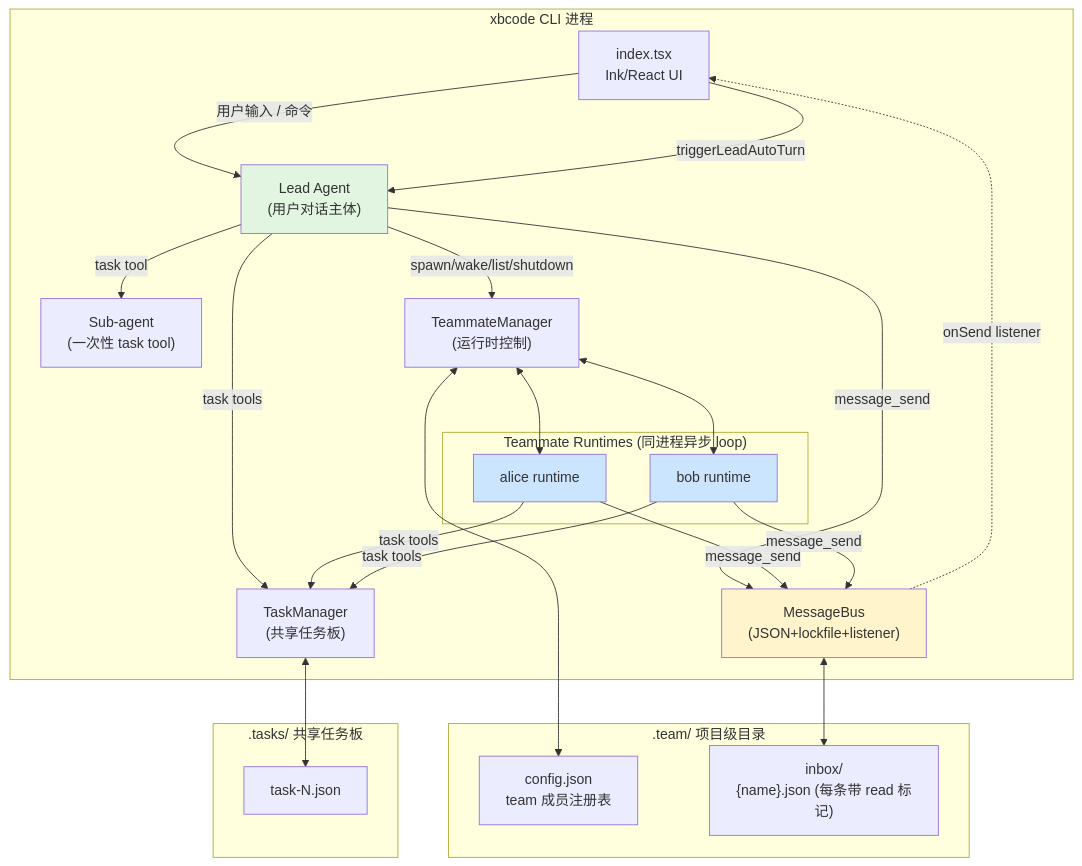
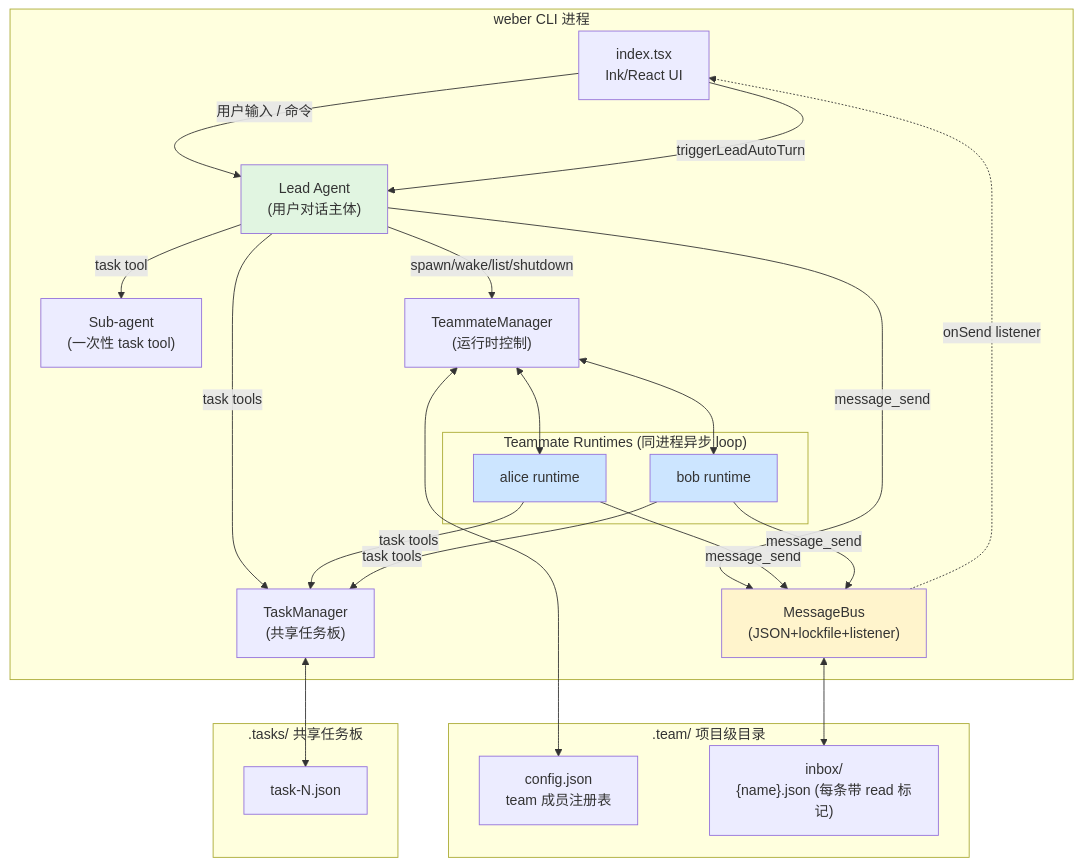
One commit to fengjutian/weber-code-agent changed the first of 5 diagrams in docs/team-architecture.md. Above: the diagram before and after it, drawn with Mermaid. The commit also changed 29 other files, not shown here.

First line of the commit message:
feat: rename xbcode to weber and add comprehensive config system

````diff
--- a/docs/team-architecture.md
+++ b/docs/team-architecture.md
@@ -11,52 +11,52 @@
 ```mermaid
 graph TB
-    subgraph CLI["xbcode CLI 进程"]
+    subgraph CLI["weber CLI 进程"]
         UI["index.tsx<br/>Ink/React UI"]
         LEAD["Lead Agent<br/>(用户对话主体)"]
         SUBA["Sub-agent<br/>(一次性 task tool)"]
         TM["TeammateManager<br/>(运行时控制)"]
 
         subgraph TEAMMATES["Teammate Runtimes (同进程异步 loop)"]
             ALICE["alice runtime"]
             BOB["bob runtime"]
         end
 
         MB["MessageBus<br/>(JSON+lockfile+listener)"]
         TASK["TaskManager<br/>(共享任务板)"]
     end
 
     subgraph DISK[".team/ 项目级目录"]
         CFG["config.json<br/>team 成员注册表"]
         INBOX["inbox/<br/>{name}.json (每条带 read 标记)"]
     end
 
     subgraph TASKS[".tasks/ 共享任务板"]
         TASKDIR["task-N.json"]
     end
 
     UI -- 用户输入 / 命令 --> LEAD
     LEAD -- spawn/wake/list/shutdown --> TM
     LEAD -- message_send --> MB
     LEAD -- task tools --> TASK
     LEAD -- task tool --> SUBA
 
     TM <--> ALICE
     TM <--> BOB
 
     ALICE -- message_send --> MB
     BOB -- message_send --> MB
     ALICE -- task tools --> TASK
     BOB -- task tools --> TASK
 
     MB <--> INBOX
     TM <--> CFG
     TASK <--> TASKDIR
 
     MB -. onSend listener .-> UI
     UI -- triggerLeadAutoTurn --> LEAD
 
     style LEAD fill:#e1f5e1
     style MB fill:#fff4cc
     style ALICE fill:#cce5ff
     style BOB fill:#cce5ff
 ```
````
